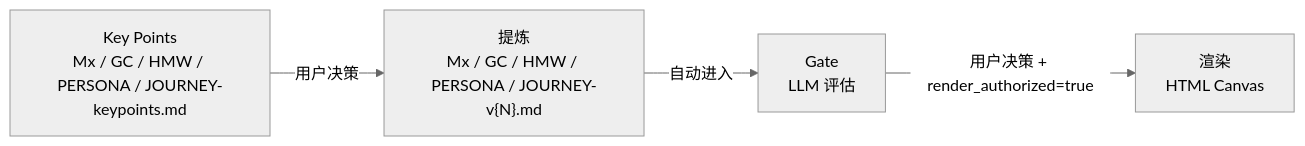
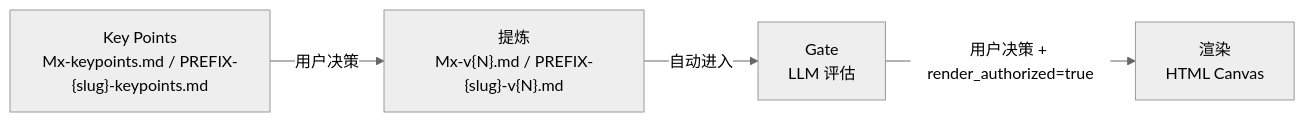
The diagram in README.md (wanghongbj321-code/pratyaya), drawn with Mermaid (neutral theme) before and after one commit. The commit also changed other lines of this file and 58 other files, not shown here.

````diff
--- a/README.md
+++ b/README.md
@@ -22,10 +22,10 @@
 ```mermaid
 flowchart LR
-    A["Key Points<br/>Mx / GC / HMW / PERSONA / JOURNEY-keypoints.md"]
-    B["提炼<br/>Mx / GC / HMW / PERSONA / JOURNEY-v{N}.md"]
+    A["Key Points<br/>Mx-keypoints.md / PREFIX-{slug}-keypoints.md"]
+    B["提炼<br/>Mx-v{N}.md / PREFIX-{slug}-v{N}.md"]
     C["Gate<br/>LLM 评估"]
     D["渲染<br/>HTML Canvas"]
     A -->|用户决策| B
     B -->|自动进入| C
     C -->|用户决策 + render_authorized=true| D
 ```
````
